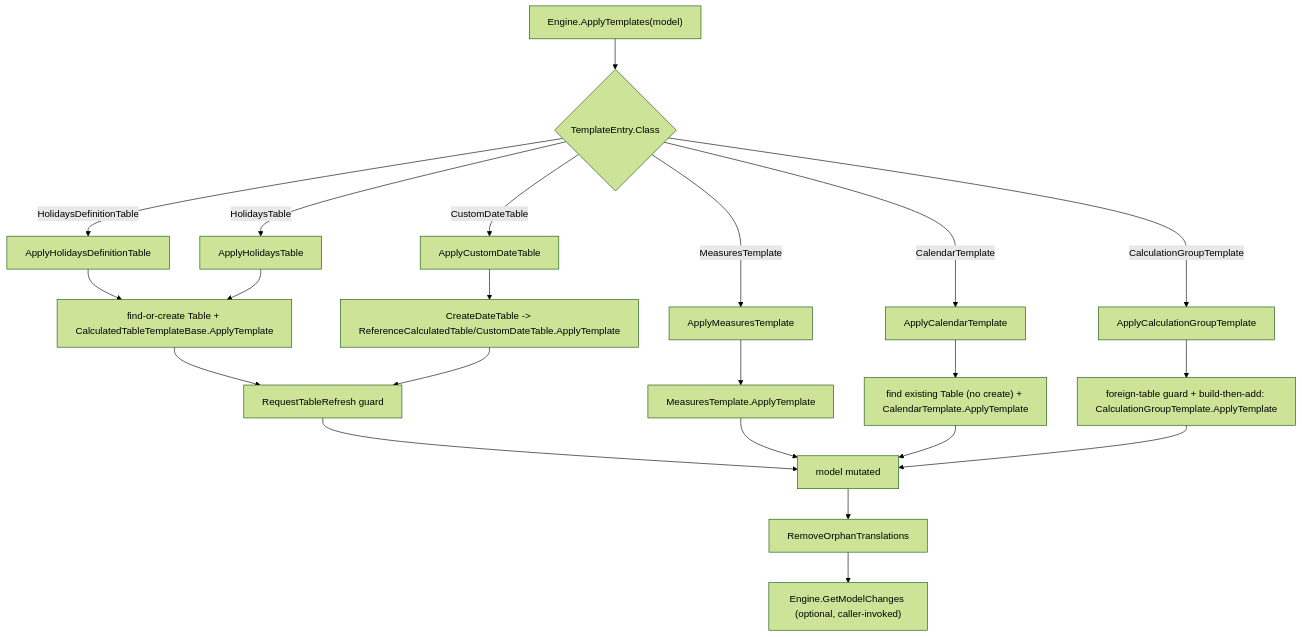
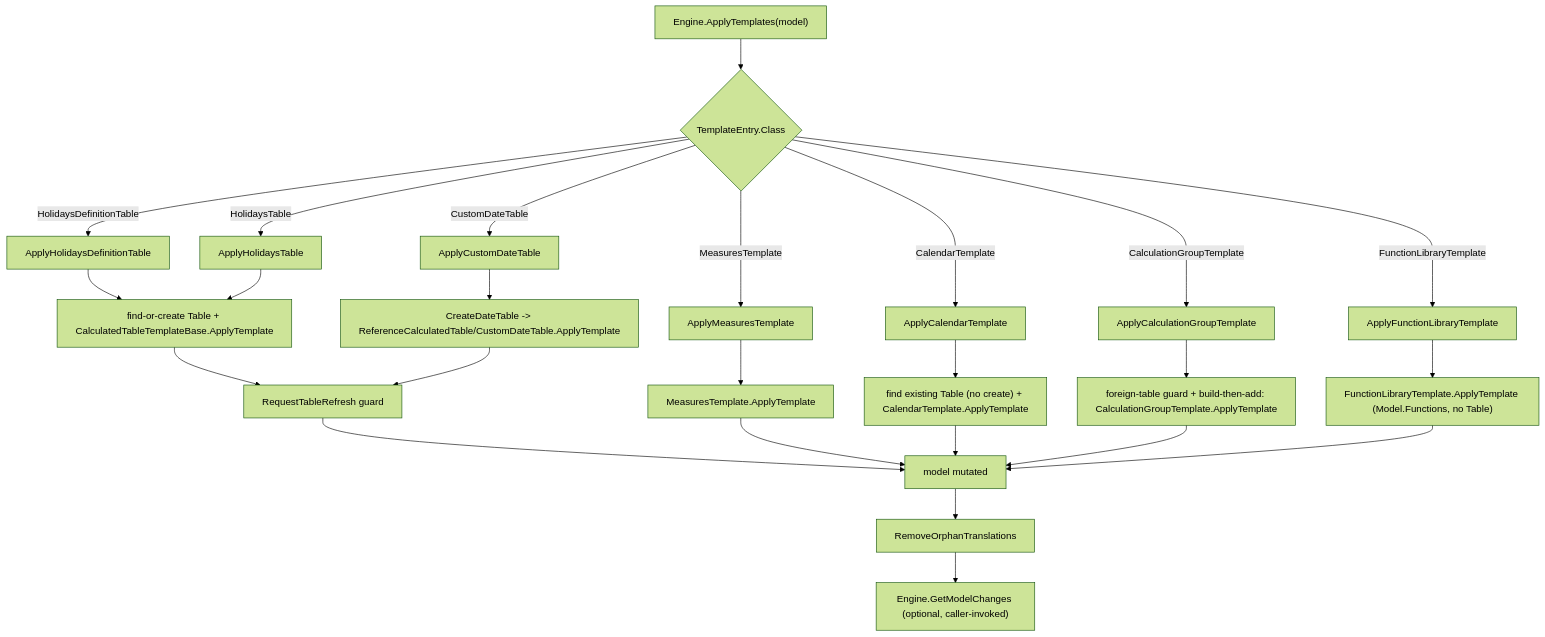
Before and after one commit to sql-bi/DaxTemplate: the diagram in docs/design/apply-templates-lifecycle.md, drawn with Mermaid (forest theme). The commit also changed other lines of this file and 15 other files, not shown here.

````diff
--- a/docs/design/apply-templates-lifecycle.md
+++ b/docs/design/apply-templates-lifecycle.md
@@ -25,24 +26,27 @@
 ```mermaid
 flowchart TD
     A["Engine.ApplyTemplates(model)"] --> B{"TemplateEntry.Class"}
     B -->|HolidaysDefinitionTable| C[ApplyHolidaysDefinitionTable]
     B -->|HolidaysTable| D[ApplyHolidaysTable]
     B -->|CustomDateTable| E[ApplyCustomDateTable]
     B -->|MeasuresTemplate| F[ApplyMeasuresTemplate]
     B -->|CalendarTemplate| N[ApplyCalendarTemplate]
     B -->|CalculationGroupTemplate| P[ApplyCalculationGroupTemplate]
+    B -->|FunctionLibraryTemplate| R[ApplyFunctionLibraryTemplate]
     C --> G["find-or-create Table + CalculatedTableTemplateBase.ApplyTemplate"]
     D --> G
     E --> H["CreateDateTable -> ReferenceCalculatedTable/CustomDateTable.ApplyTemplate"]
     G --> I[RequestTableRefresh guard]
     H --> I
     F --> J["MeasuresTemplate.ApplyTemplate"]
     N --> O["find existing Table (no create) + CalendarTemplate.ApplyTemplate"]
     P --> Q["foreign-table guard + build-then-add: CalculationGroupTemplate.ApplyTemplate"]
+    R --> S["FunctionLibraryTemplate.ApplyTemplate (Model.Functions, no Table)"]
     I --> K[model mutated]
     J --> K
     O --> K
     Q --> K
+    S --> K
     K --> L[RemoveOrphanTranslations]
     L --> M["Engine.GetModelChanges (optional, caller-invoked)"]
 ```
````
